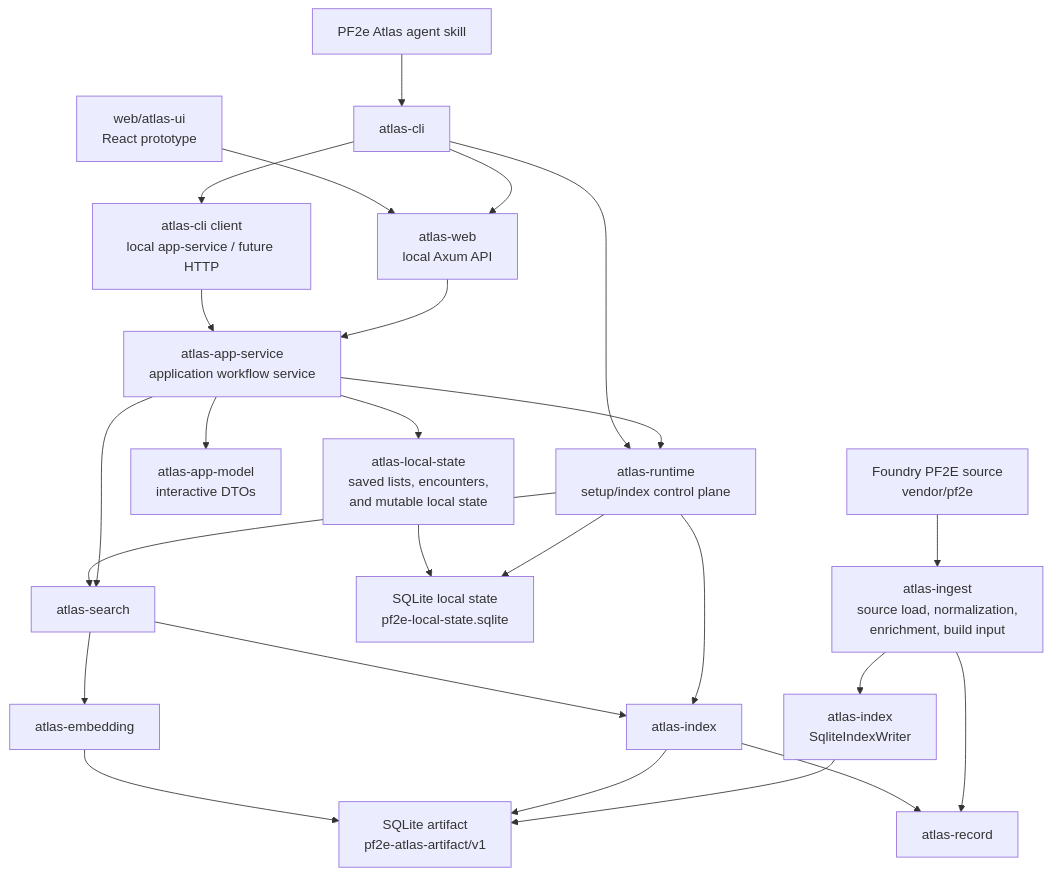
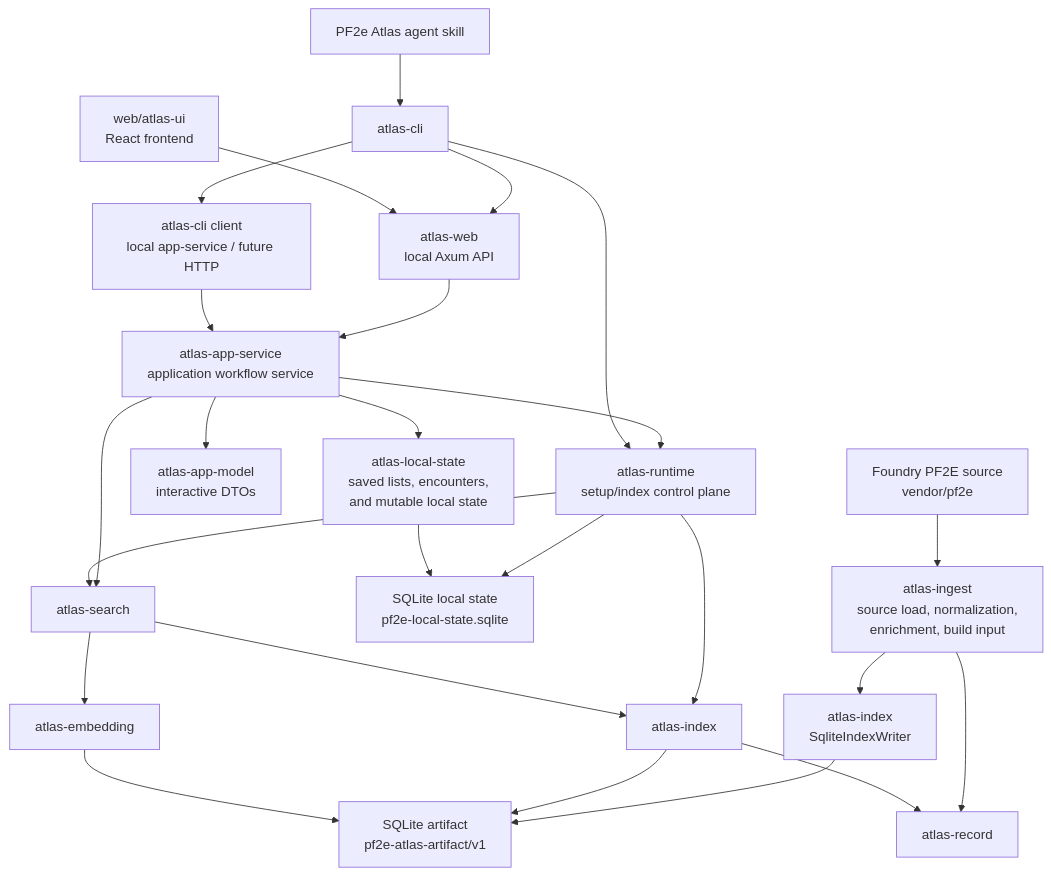
The diagram in docs/architecture/overview.md (e-kosten/pf2e-atlas), drawn with Mermaid before and after one commit. The commit also changed other lines of this file and 92 other files, not shown here.

````diff
--- a/docs/architecture/overview.md
+++ b/docs/architecture/overview.md
@@ -35,29 +35,29 @@
 ```mermaid
 flowchart TD
     pf2e["Foundry PF2E source<br/>vendor/pf2e"] --> ingest["atlas-ingest<br/>source load, normalization,<br/>enrichment, build input"]
     ingest --> indexWriter["atlas-index<br/>SqliteIndexWriter"]
     indexWriter --> artifactDb["SQLite artifact<br/>pf2e-atlas-artifact/v1"]
     localStateDb["SQLite local state<br/>pf2e-local-state.sqlite"]
 
     skill["PF2e Atlas agent skill"] --> cli["atlas-cli"]
     cli --> web["atlas-web<br/>local Axum API"]
-    browser["web/atlas-ui<br/>React prototype"] --> web
+    browser["web/atlas-ui<br/>React frontend"] --> web
     web --> appService["atlas-app-service<br/>application workflow service"]
     appService --> appModel["atlas-app-model<br/>interactive DTOs"]
     appService --> runtime
     appService --> search
     appService --> localState["atlas-local-state<br/>saved lists, encounters,<br/>and mutable local state"]
     cli --> cliClient["atlas-cli client<br/>local app-service / future HTTP"]
     cliClient --> appService
     cli --> runtime["atlas-runtime<br/>setup/index control plane"]
     runtime --> search["atlas-search"]
     runtime --> index["atlas-index"]
     runtime --> localStateDb
     localState --> localStateDb
     search --> index
     search --> embedding["atlas-embedding"]
     index --> artifactDb
     embedding --> artifactDb
     ingest --> record["atlas-record"]
     index --> record
 ```
````
